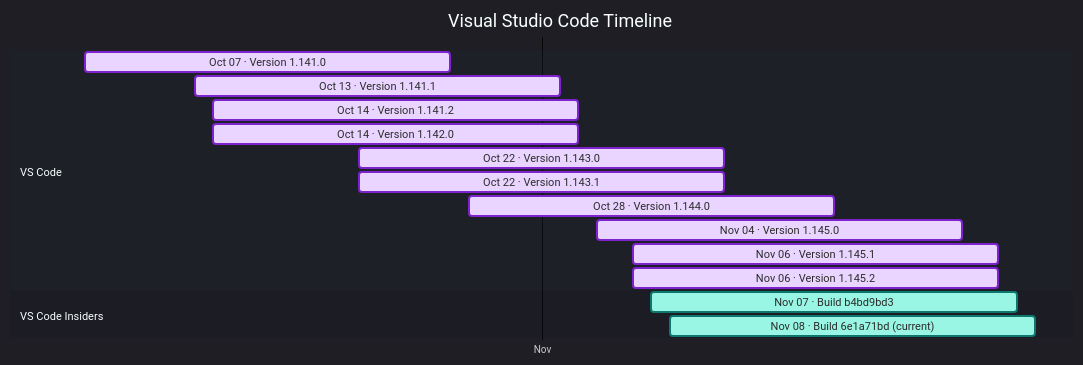
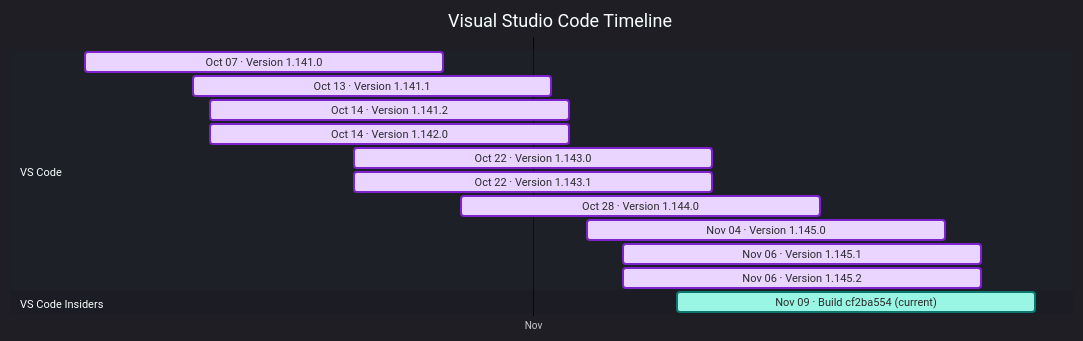
Before and after one commit to Oxelya-DevTools/VisualStudioUpdate: the diagram in docs/vscode.md, drawn with Mermaid. The commit also changed other lines of this file and 1 other file, not shown here.

````diff
--- a/docs/vscode.md
+++ b/docs/vscode.md
@@ -9,22 +9,21 @@
 ```mermaid
 %%{init: {'theme':'dark','themeVariables': { 'fontFamily': 'Segoe UI', 'fontSize': '24px', 'textColor': '#F3F4F6', 'titleTextColor': '#FFFFFF', 'taskTextColor': '#111827', 'taskTextLightColor': '#111827', 'taskTextOutsideColor': '#F3F4F6', 'taskBkgColor': '#BAE6FD', 'taskBorderColor': '#0369A1', 'doneTaskBkgColor': '#E9D5FF', 'doneTaskBorderColor': '#7E22CE', 'activeTaskBkgColor': '#99F6E4', 'activeTaskBorderColor': '#0F766E', 'critTaskBkgColor': '#FED7AA', 'critTaskBorderColor': '#C2410C', 'sectionBkgColor': '#1F2937', 'altSectionBkgColor': '#111827', 'gridColor': '#4B5563', 'todayLineColor': '#F87171' }}}%%
 gantt
     title Visual Studio Code Timeline
     dateFormat  YYYY-MM-DD
     axisFormat  %b
     tickInterval 1month
     section VS Code
     Oct 07 · Version 1.141.0 : done, vscode202610070, 2026-10-07, 20d
     Oct 13 · Version 1.141.1 : done, vscode202610131, 2026-10-13, 20d
     Oct 14 · Version 1.141.2 : done, vscode202610142, 2026-10-14, 20d
     Oct 14 · Version 1.142.0 : done, vscode202610143, 2026-10-14, 20d
     Oct 22 · Version 1.143.0 : done, vscode202610224, 2026-10-22, 20d
     Oct 22 · Version 1.143.1 : done, vscode202610225, 2026-10-22, 20d
     Oct 28 · Version 1.144.0 : done, vscode202610286, 2026-10-28, 20d
     Nov 04 · Version 1.145.0 : done, vscode202611047, 2026-11-04, 20d
     Nov 06 · Version 1.145.1 : done, vscode202611068, 2026-11-06, 20d
     Nov 06 · Version 1.145.2 : done, vscode202611069, 2026-11-06, 20d
     section VS Code Insiders
-    Nov 07 · Build b4bd9bd3 : active, vscodeinsiders202611070, 2026-11-07, 20d
-    Nov 08 · Build 6e1a71bd (current) : active, vscodeinsiders202611081, 2026-11-08, 20d
+    Nov 09 · Build cf2ba554 (current) : active, vscodeinsiders202611090, 2026-11-09, 20d
 ```
````
